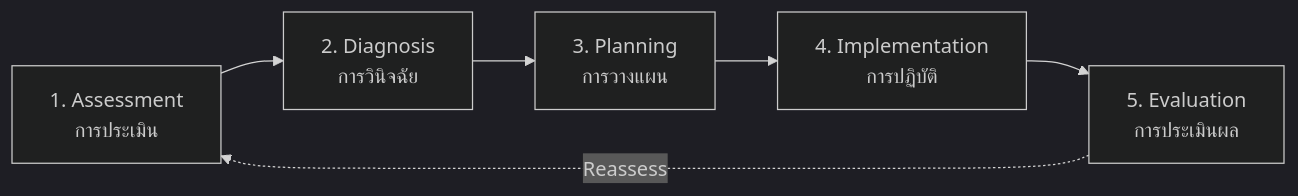
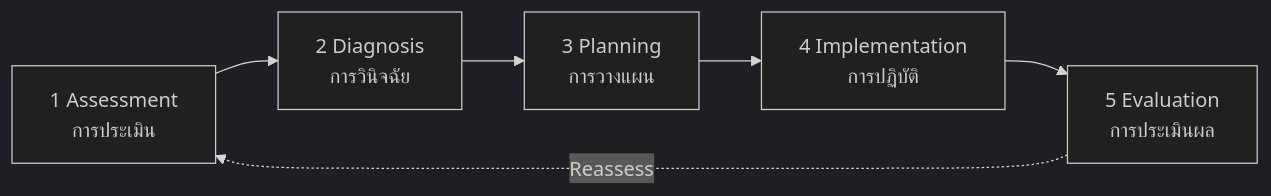
The diagram in career/nurse/02_Nursing_Fundamentals.md (oat431/general-knowledge), drawn with Mermaid (dark theme) before and after one commit. The commit also changed 29 other files, not shown here.

Commit message:
vault backup: 2026-07-28 00:14:47: add lawyer note and fix a error diagram

````diff
--- a/career/nurse/02_Nursing_Fundamentals.md
+++ b/career/nurse/02_Nursing_Fundamentals.md
@@ -23,8 +23,8 @@
 ```mermaid
-graph LR
-    A["1. Assessment<br/>การประเมิน"] --> B["2. Diagnosis<br/>การวินิจฉัย"]
-    B --> C["3. Planning<br/>การวางแผน"]
-    C --> D["4. Implementation<br/>การปฏิบัติ"]
-    D --> E["5. Evaluation<br/>การประเมินผล"]
+flowchart LR
+    A["1 Assessment<br/>การประเมิน"] --> B["2 Diagnosis<br/>การวินิจฉัย"]
+    B --> C["3 Planning<br/>การวางแผน"]
+    C --> D["4 Implementation<br/>การปฏิบัติ"]
+    D --> E["5 Evaluation<br/>การประเมินผล"]
     E -.->|Reassess| A
 ```
````
